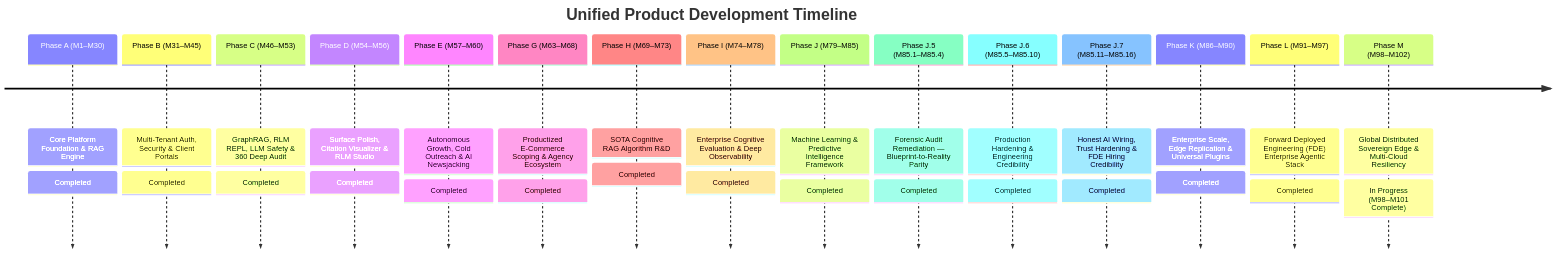
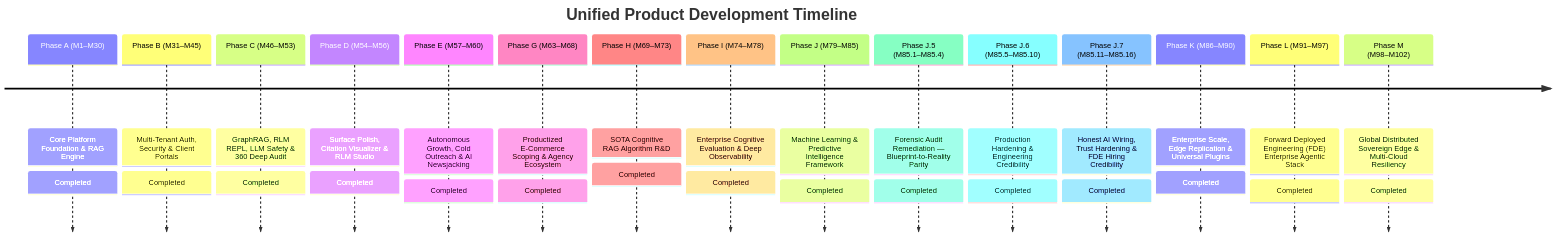
Before and after one commit to prat3010/Prateek_website: the diagram in docs/UNIFIED_MASTER_ROADMAP.md, drawn with Mermaid. The commit also changed other lines of this file and 3 other files, not shown here.

Commit message:
docs(roadmap,adr): close Phase M with Milestone 102 Swarm Mesh, ADR 38 & canvas sync

````diff
--- a/docs/UNIFIED_MASTER_ROADMAP.md
+++ b/docs/UNIFIED_MASTER_ROADMAP.md
@@ -45,19 +45,19 @@
 ```mermaid
 timeline
     title Unified Product Development Timeline
     Phase A (M1–M30) : Core Platform Foundation & RAG Engine : Completed
     Phase B (M31–M45) : Multi-Tenant Auth, Security & Client Portals : Completed
     Phase C (M46–M53) : GraphRAG, RLM REPL, LLM Safety & 360 Deep Audit : Completed
     Phase D (M54–M56) : Surface Polish, Citation Visualizer & RLM Studio : Completed
     Phase E (M57–M60) : Autonomous Growth, Cold Outreach & AI Newsjacking : Completed
     Phase G (M63–M68) : Productized E-Commerce Scoping & Agency Ecosystem : Completed
     Phase H (M69–M73) : SOTA Cognitive RAG Algorithm R&D : Completed
     Phase I (M74–M78) : Enterprise Cognitive Evaluation & Deep Observability : Completed
     Phase J (M79–M85) : Machine Learning & Predictive Intelligence Framework : Completed
     Phase J.5 (M85.1–M85.4) : Forensic Audit Remediation — Blueprint-to-Reality Parity : Completed
     Phase J.6 (M85.5–M85.10) : Production Hardening & Engineering Credibility : Completed
     Phase J.7 (M85.11–M85.16) : Honest AI Wiring, Trust Hardening & FDE Hiring Credibility : Completed
     Phase K (M86–M90) : Enterprise Scale, Edge Replication & Universal Plugins : Completed
     Phase L (M91–M97) : Forward Deployed Engineering (FDE) Enterprise Agentic Stack : Completed
-    Phase M (M98–M102) : Global Distributed Sovereign Edge & Multi-Cloud Resiliency : In Progress (M98–M101 Complete)
+    Phase M (M98–M102) : Global Distributed Sovereign Edge & Multi-Cloud Resiliency : Completed
 ```
````
